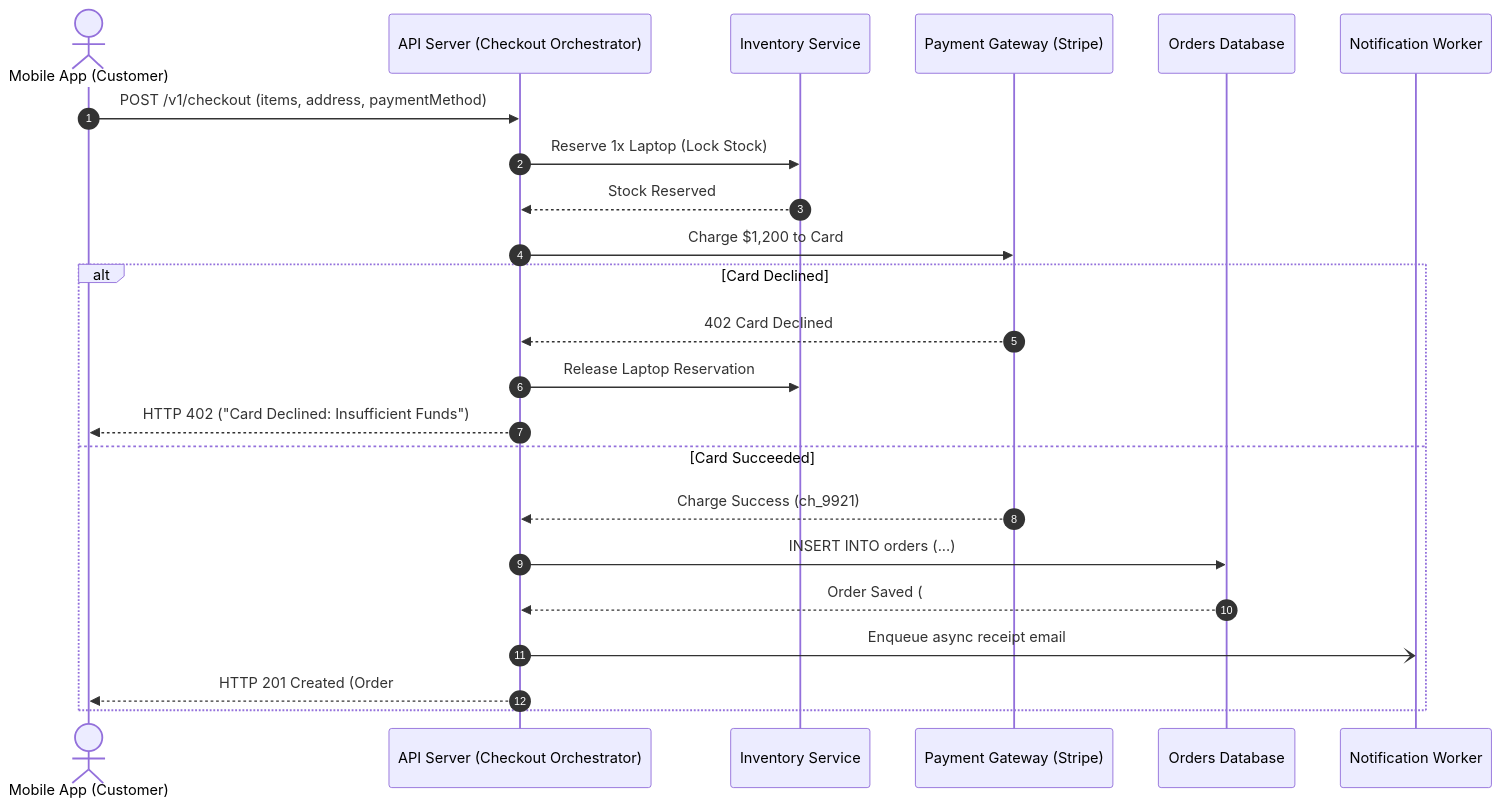
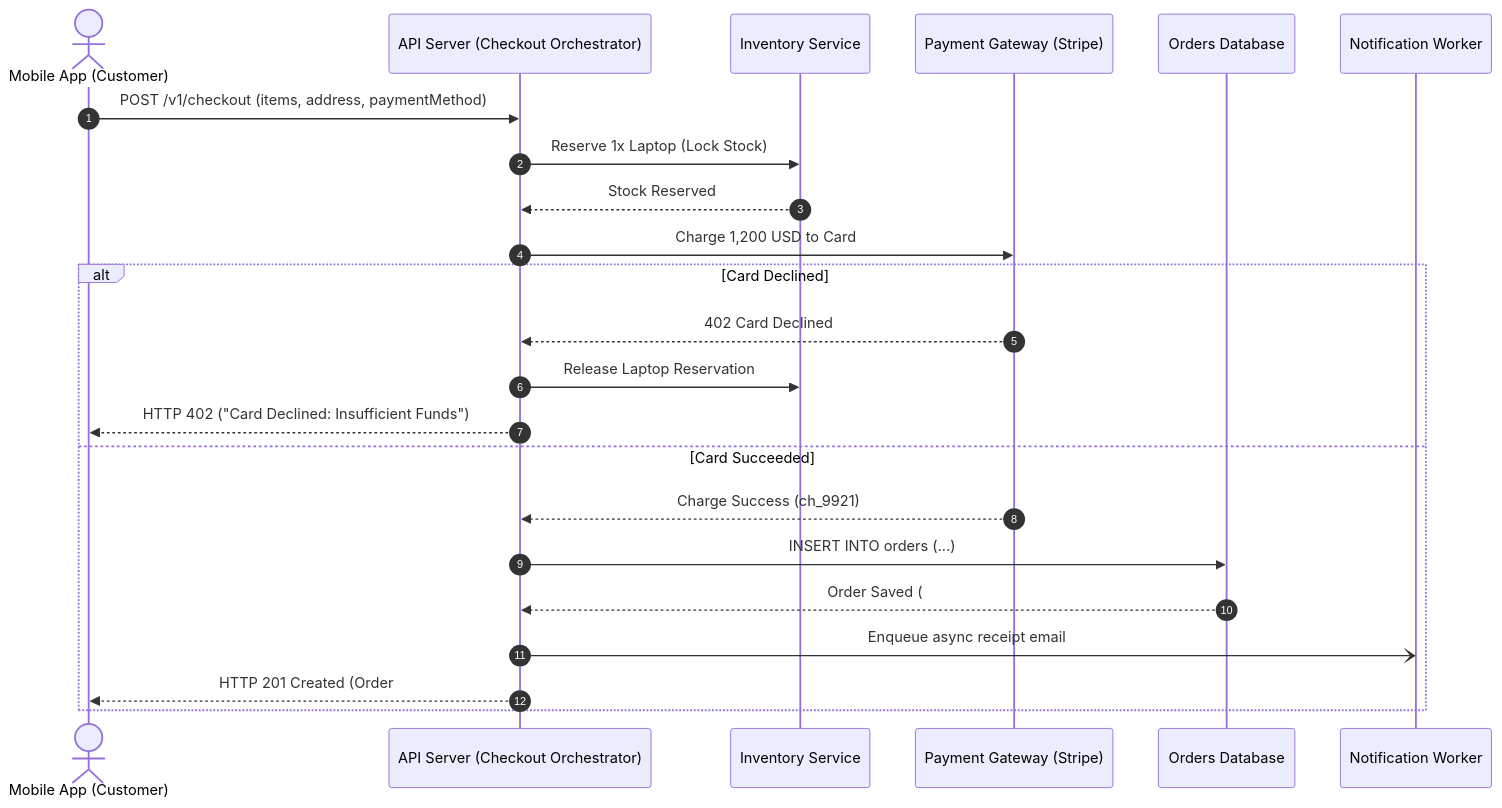
Before and after one commit to AkmKawser/System-Design: the fourth of 50 diagrams in topics/0.FUNDAMENTALS/API Architecture and Design/output/Note_version-1_API_Architecture_and_Design/API_Architecture_and_Design.md, drawn with Mermaid. The commit also changed other lines of this file and 4 other files, not shown here.

Commit message:
feat(diagram): create animated checkout-orchestration-flow.svg conforming to Rule 17 style guide

````diff
--- a/topics/0.FUNDAMENTALS/API Architecture and Design/output/Note_version-1_API_Architecture_and_Design/API_Architecture_and_Design.md
+++ b/topics/0.FUNDAMENTALS/API Architecture and Design/output/Note_version-1_API_Architecture_and_Design/API_Architecture_and_Design.md
@@ -200,26 +199,26 @@
 ```mermaid
 sequenceDiagram
     autonumber
     actor User as Mobile App (Customer)
     participant API as API Server (Checkout Orchestrator)
     participant Inv as Inventory Service
     participant Pay as Payment Gateway (Stripe)
     participant DB as Orders Database
     participant Email as Notification Worker
 
     User->>API: POST /v1/checkout (items, address, paymentMethod)
     API->>Inv: Reserve 1x Laptop (Lock Stock)
     Inv-->>API: Stock Reserved
-    API->>Pay: Charge $1,200 to Card
+    API->>Pay: Charge 1,200 USD to Card
     alt Card Declined
         Pay-->>API: 402 Card Declined
         API->>Inv: Release Laptop Reservation
         API-->>User: HTTP 402 ("Card Declined: Insufficient Funds")
     else Card Succeeded
         Pay-->>API: Charge Success (ch_9921)
         API->>DB: INSERT INTO orders (...)
         DB-->>API: Order Saved (#ORD-882)
         API-)Email: Enqueue async receipt email
         API-->>User: HTTP 201 Created (Order #ORD-882 Confirmed)
     end
 ```
````
